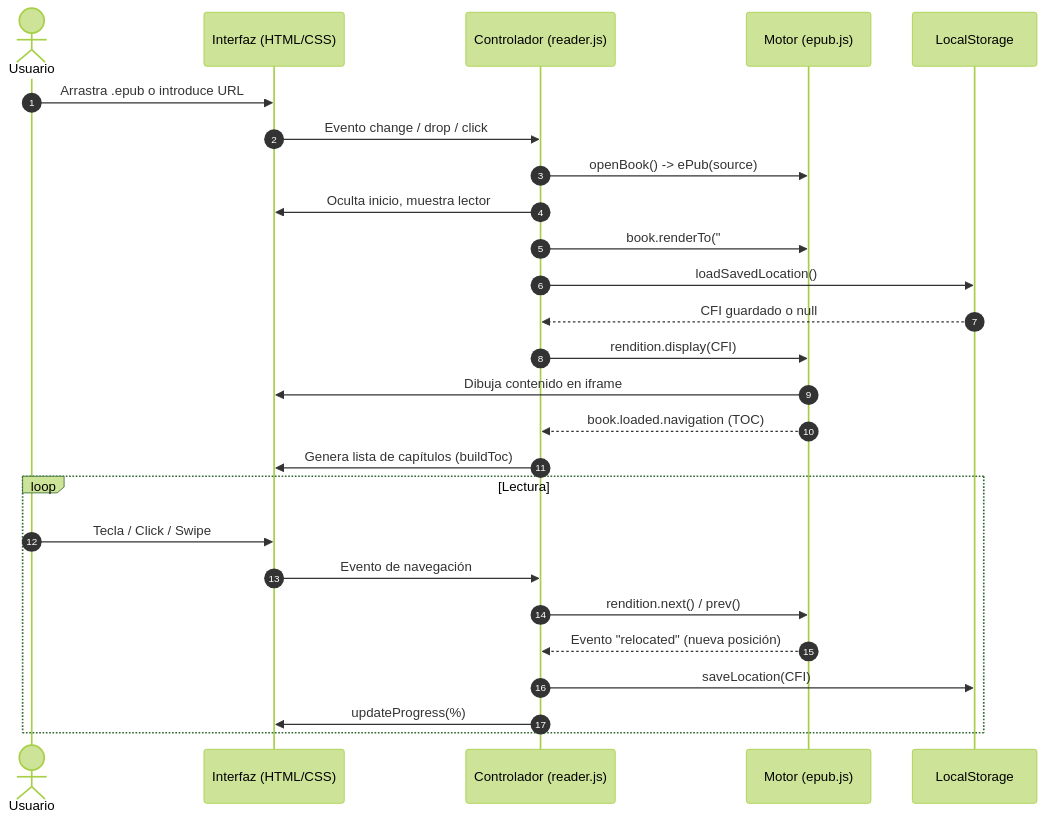
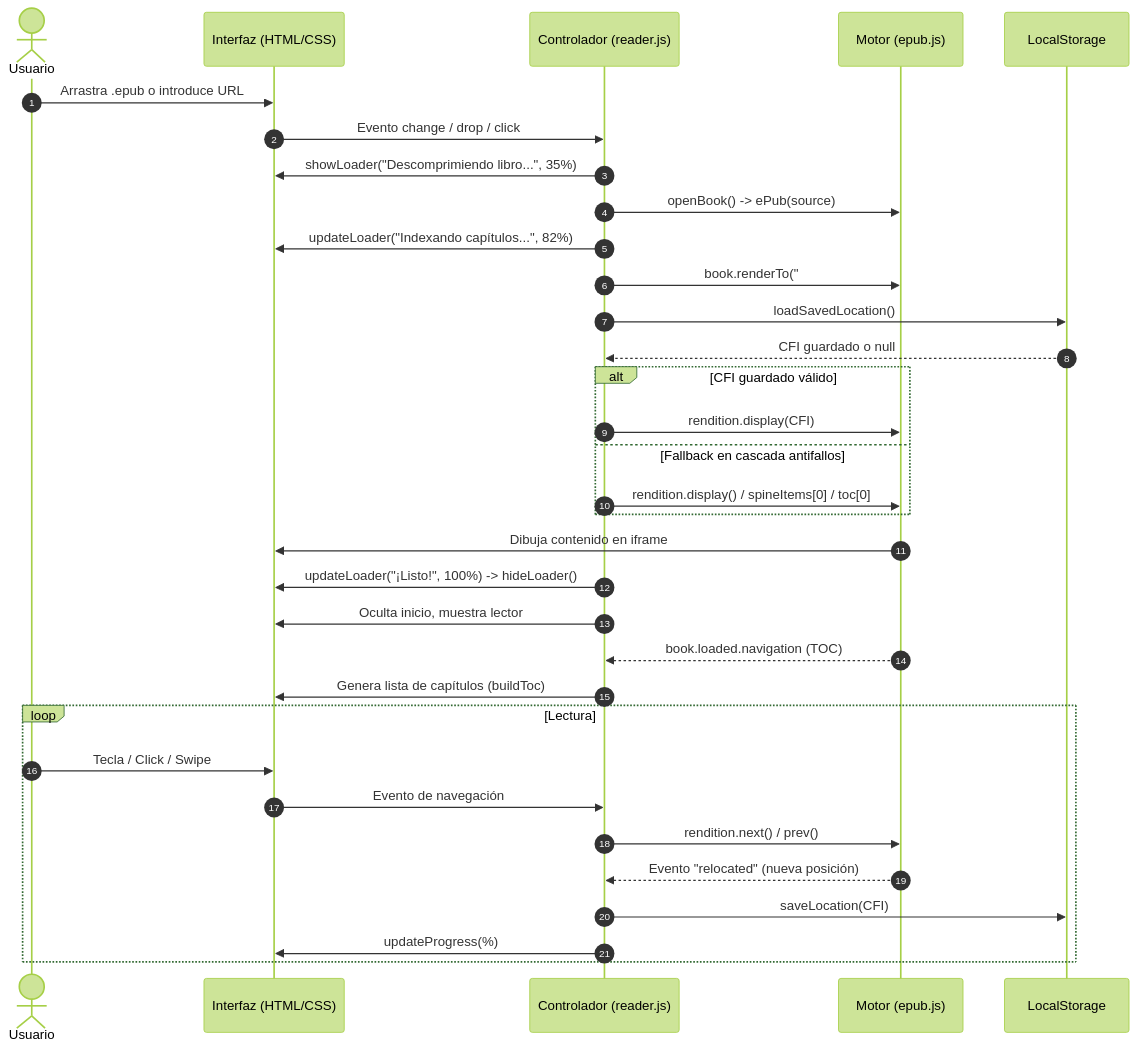
One commit to fenixninja/epub-reader changed the diagram in guide.md. Above: the diagram before and after it, drawn with Mermaid (forest theme). The commit also changed other lines of this file and 4 other files, not shown here.

Commit message:
feat: agregar loader con porcentaje, renderizado en cascada antifallos y soporte bfcache con pagehide

````diff
--- a/guide.md
+++ b/guide.md
@@ -240,30 +261,37 @@
 ```mermaid
 sequenceDiagram
     autonumber
     actor Usuario
     participant UI as Interfaz (HTML/CSS)
     participant Reader as Controlador (reader.js)
     participant EpubJS as Motor (epub.js)
     participant Storage as LocalStorage
 
     Usuario->>UI: Arrastra .epub o introduce URL
     UI->>Reader: Evento change / drop / click
+    Reader->>UI: showLoader("Descomprimiendo libro...", 35%)
     Reader->>EpubJS: openBook() -> ePub(source)
-    Reader->>UI: Oculta inicio, muestra lector
+    Reader->>UI: updateLoader("Indexando capítulos...", 82%)
     Reader->>EpubJS: book.renderTo("#viewer")
     Reader->>Storage: loadSavedLocation()
     Storage-->>Reader: CFI guardado o null
-    Reader->>EpubJS: rendition.display(CFI)
+    alt CFI guardado válido
+        Reader->>EpubJS: rendition.display(CFI)
+    else Fallback en cascada antifallos
+        Reader->>EpubJS: rendition.display() / spineItems[0] / toc[0]
+    end
     EpubJS->>UI: Dibuja contenido en iframe
+    Reader->>UI: updateLoader("¡Listo!", 100%) -> hideLoader()
+    Reader->>UI: Oculta inicio, muestra lector
     EpubJS-->>Reader: book.loaded.navigation (TOC)
     Reader->>UI: Genera lista de capítulos (buildToc)
     
     loop Lectura
         Usuario->>UI: Tecla / Click / Swipe
         UI->>Reader: Evento de navegación
         Reader->>EpubJS: rendition.next() / prev()
         EpubJS-->>Reader: Evento "relocated" (nueva posición)
         Reader->>Storage: saveLocation(CFI)
         Reader->>UI: updateProgress(%)
     end
 ```
````
